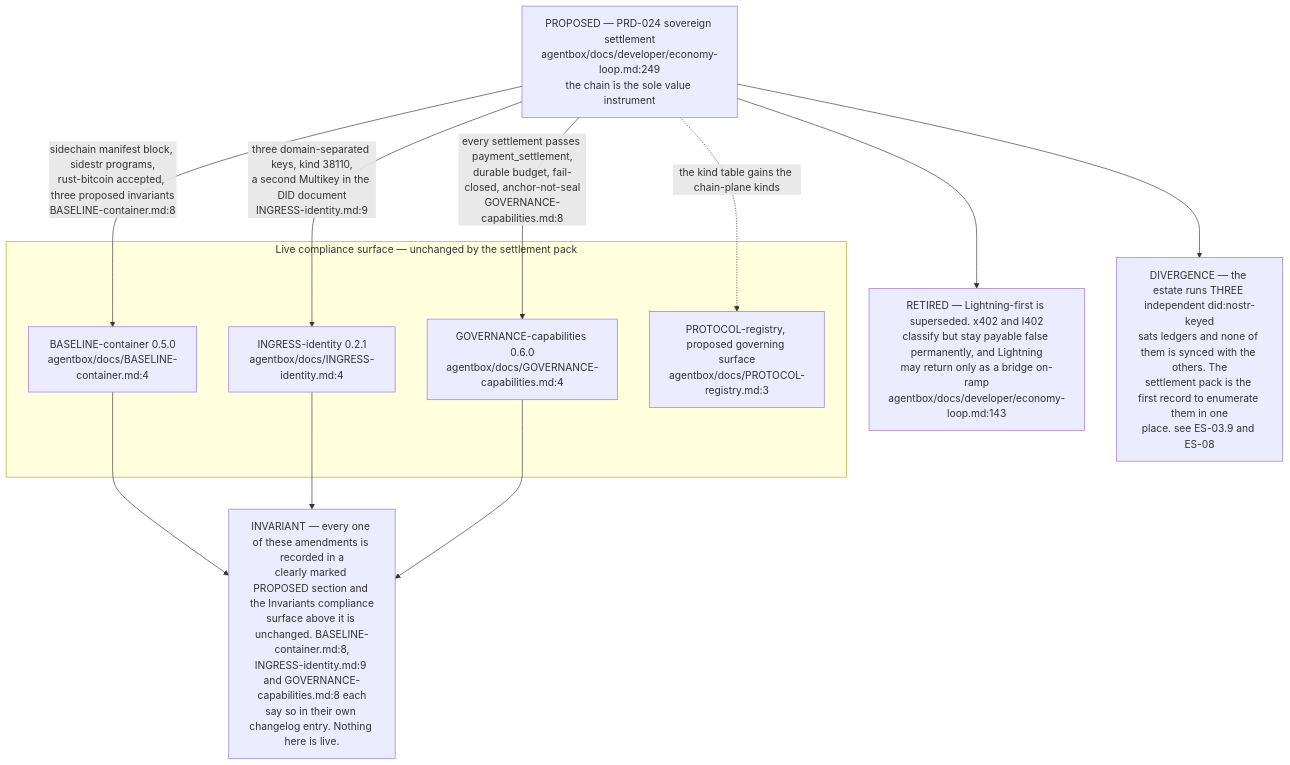
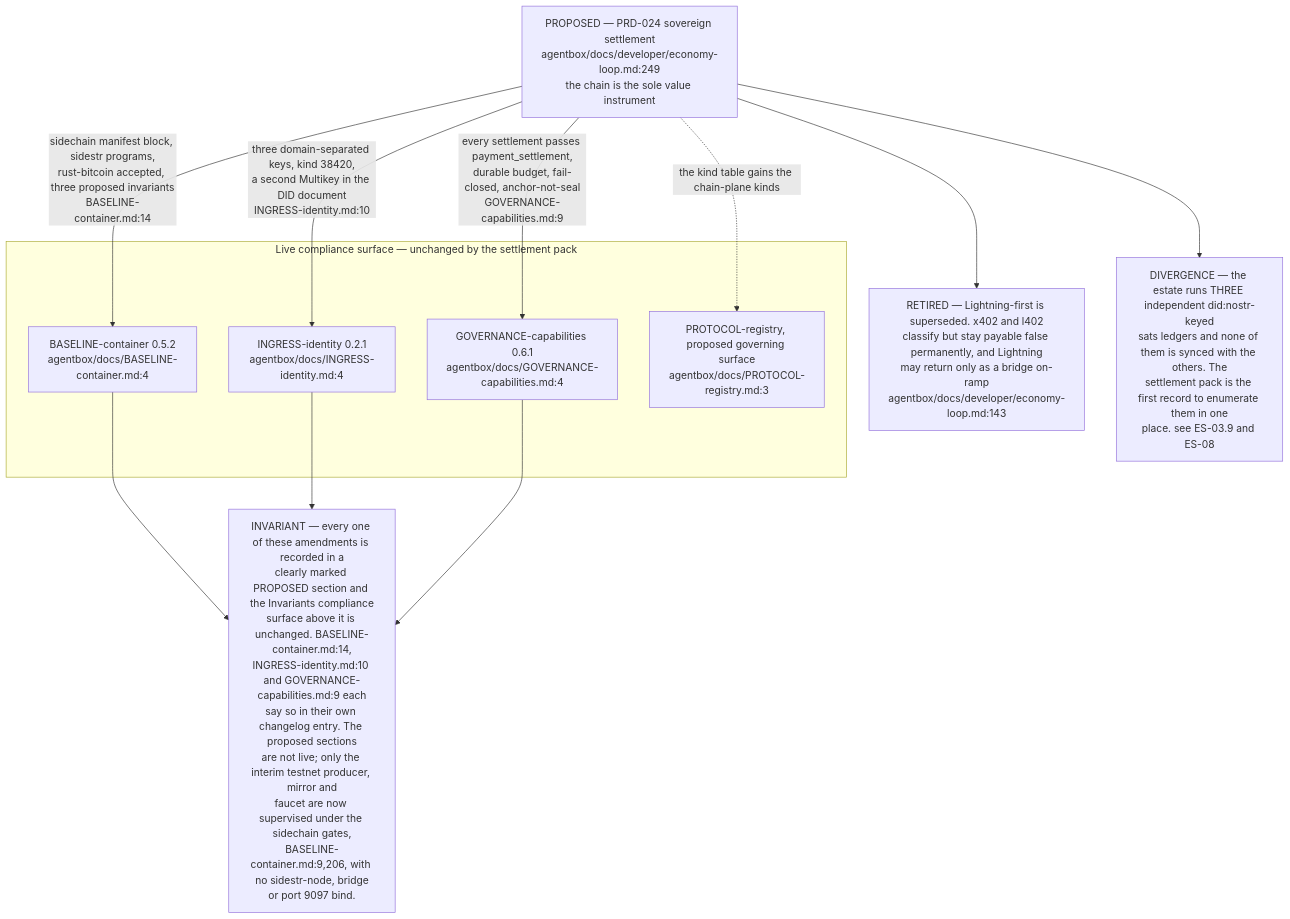
One commit to DreamLab-AI/VisionFlow changed the eighth of 8 diagrams in docs/diagrams/estate/01-estate-topology.md. Above: the diagram before and after it, drawn with Mermaid. The commit also changed other lines of this file and 94 other files, not shown here.

First line of the commit message:
docs(diagrams): re-verify 130 topics against 2 October HEADs

````diff
--- a/docs/diagrams/estate/01-estate-topology.md
+++ b/docs/diagrams/estate/01-estate-topology.md
@@ -302,27 +303,27 @@
 ```mermaid
 flowchart TB
     subgraph LIVE["Live compliance surface — unchanged by the settlement pack"]
-        BC["BASELINE-container 0.5.0<br/>agentbox/docs/BASELINE-container.md:4"]
+        BC["BASELINE-container 0.5.2<br/>agentbox/docs/BASELINE-container.md:4"]
         IG["INGRESS-identity 0.2.1<br/>agentbox/docs/INGRESS-identity.md:4"]
-        GC["GOVERNANCE-capabilities 0.6.0<br/>agentbox/docs/GOVERNANCE-capabilities.md:4"]
+        GC["GOVERNANCE-capabilities 0.6.1<br/>agentbox/docs/GOVERNANCE-capabilities.md:4"]
         PR["PROTOCOL-registry, proposed governing surface<br/>agentbox/docs/PROTOCOL-registry.md:3"]
     end
 
     PRD["PROPOSED — PRD-024 sovereign settlement<br/>agentbox/docs/developer/economy-loop.md:249<br/>the chain is the sole value instrument"]
 
-    PRD -->|"sidechain manifest block, sidestr programs,<br/>rust-bitcoin accepted, three proposed invariants<br/>BASELINE-container.md:8"| BC
-    PRD -->|"three domain-separated keys, kind 38110,<br/>a second Multikey in the DID document<br/>INGRESS-identity.md:9"| IG
-    PRD -->|"every settlement passes payment_settlement,<br/>durable budget, fail-closed, anchor-not-seal<br/>GOVERNANCE-capabilities.md:8"| GC
+    PRD -->|"sidechain manifest block, sidestr programs,<br/>rust-bitcoin accepted, three proposed invariants<br/>BASELINE-container.md:14"| BC
+    PRD -->|"three domain-separated keys, kind 38420,<br/>a second Multikey in the DID document<br/>INGRESS-identity.md:10"| IG
+    PRD -->|"every settlement passes payment_settlement,<br/>durable budget, fail-closed, anchor-not-seal<br/>GOVERNANCE-capabilities.md:9"| GC
     PRD -.->|"the kind table gains the chain-plane kinds"| PR
 
     RET["RETIRED — Lightning-first is superseded. x402 and l402<br/>classify but stay payable false permanently, and Lightning<br/>may return only as a bridge on-ramp<br/>agentbox/docs/developer/economy-loop.md:143"]
     PRD --> RET
 
-    INV["INVARIANT — every one of these amendments is recorded in a<br/>clearly marked PROPOSED section and the Invariants compliance<br/>surface above it is unchanged. BASELINE-container.md:8,<br/>INGRESS-identity.md:9 and GOVERNANCE-capabilities.md:8 each<br/>say so in their own changelog entry. Nothing here is live."]
+    INV["INVARIANT — every one of these amendments is recorded in a<br/>clearly marked PROPOSED section and the Invariants compliance<br/>surface above it is unchanged. BASELINE-container.md:14,<br/>INGRESS-identity.md:10 and GOVERNANCE-capabilities.md:9 each<br/>say so in their own changelog entry. The proposed sections<br/>are not live; only the interim testnet producer, mirror and<br/>faucet are now supervised under the sidechain gates,<br/>BASELINE-container.md:9,206, with no sidestr-node, bridge<br/>or port 9097 bind."]
     BC --> INV
     IG --> INV
     GC --> INV
 
     LEDG["DIVERGENCE — the estate runs THREE independent did:nostr-keyed<br/>sats ledgers and none of them is synced with the others. The<br/>settlement pack is the first record to enumerate them in one<br/>place. see ES-03.9 and ES-08"]
     PRD --> LEDG
 ```
````
